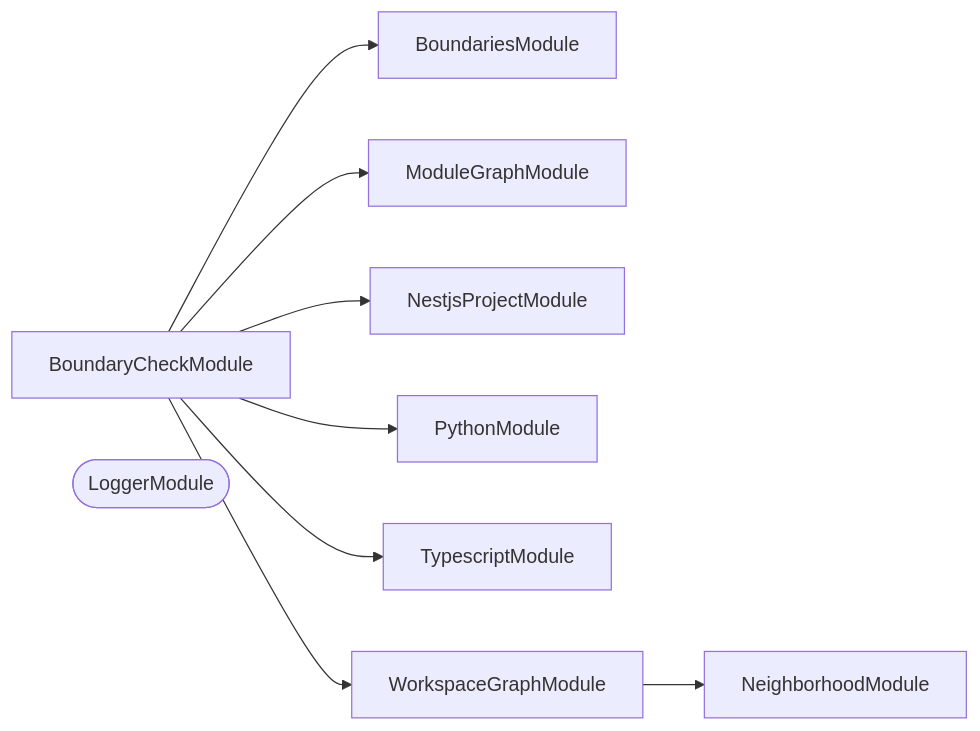
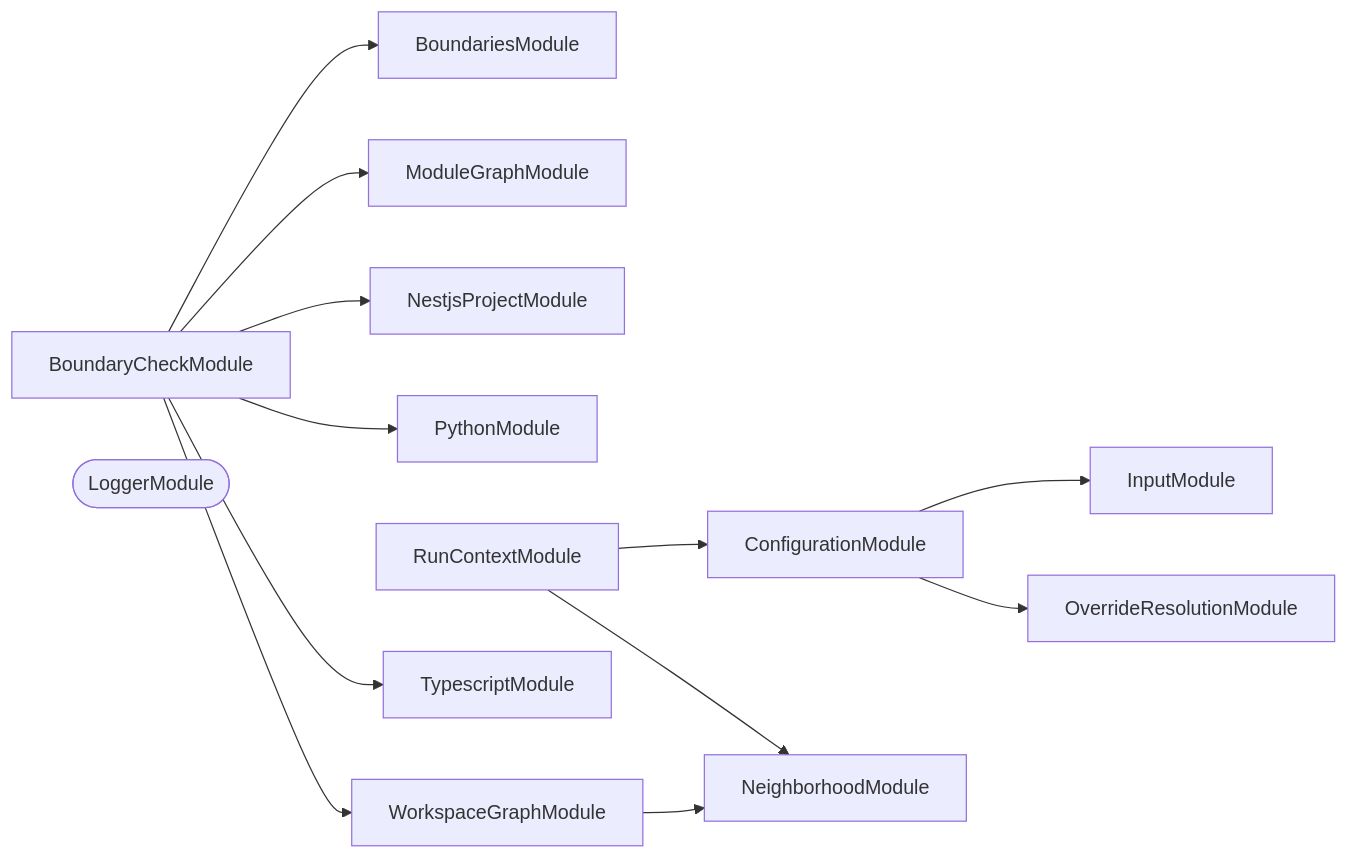
One commit to JimmyPaolini/codebase changed the second of 3 diagrams in packages/ic-suite/codependix/codependix-boundaries/README.md. Above: the diagram before and after it, drawn with Mermaid. The commit also changed other lines of this file and 16 other files, not shown here.

Commit message:
refactor(codependix): ♻️ measure the moved size limits and regenerate the module graphs

````diff
--- a/packages/ic-suite/codependix/codependix-boundaries/README.md
+++ b/packages/ic-suite/codependix/codependix-boundaries/README.md
@@ -171,19 +175,27 @@
 ```mermaid
 flowchart LR
   BoundariesModule
   BoundaryCheckModule
+  ConfigurationModule
+  InputModule
   LoggerModule([LoggerModule])
   ModuleGraphModule
   NeighborhoodModule
   NestjsProjectModule
+  OverrideResolutionModule
   PythonModule
+  RunContextModule
   TypescriptModule
   WorkspaceGraphModule
   BoundaryCheckModule --> BoundariesModule
   BoundaryCheckModule --> ModuleGraphModule
   BoundaryCheckModule --> NestjsProjectModule
   BoundaryCheckModule --> PythonModule
   BoundaryCheckModule --> TypescriptModule
   BoundaryCheckModule --> WorkspaceGraphModule
+  ConfigurationModule --> InputModule
+  ConfigurationModule --> OverrideResolutionModule
+  RunContextModule --> ConfigurationModule
+  RunContextModule --> NeighborhoodModule
   WorkspaceGraphModule --> NeighborhoodModule
 ```
````
